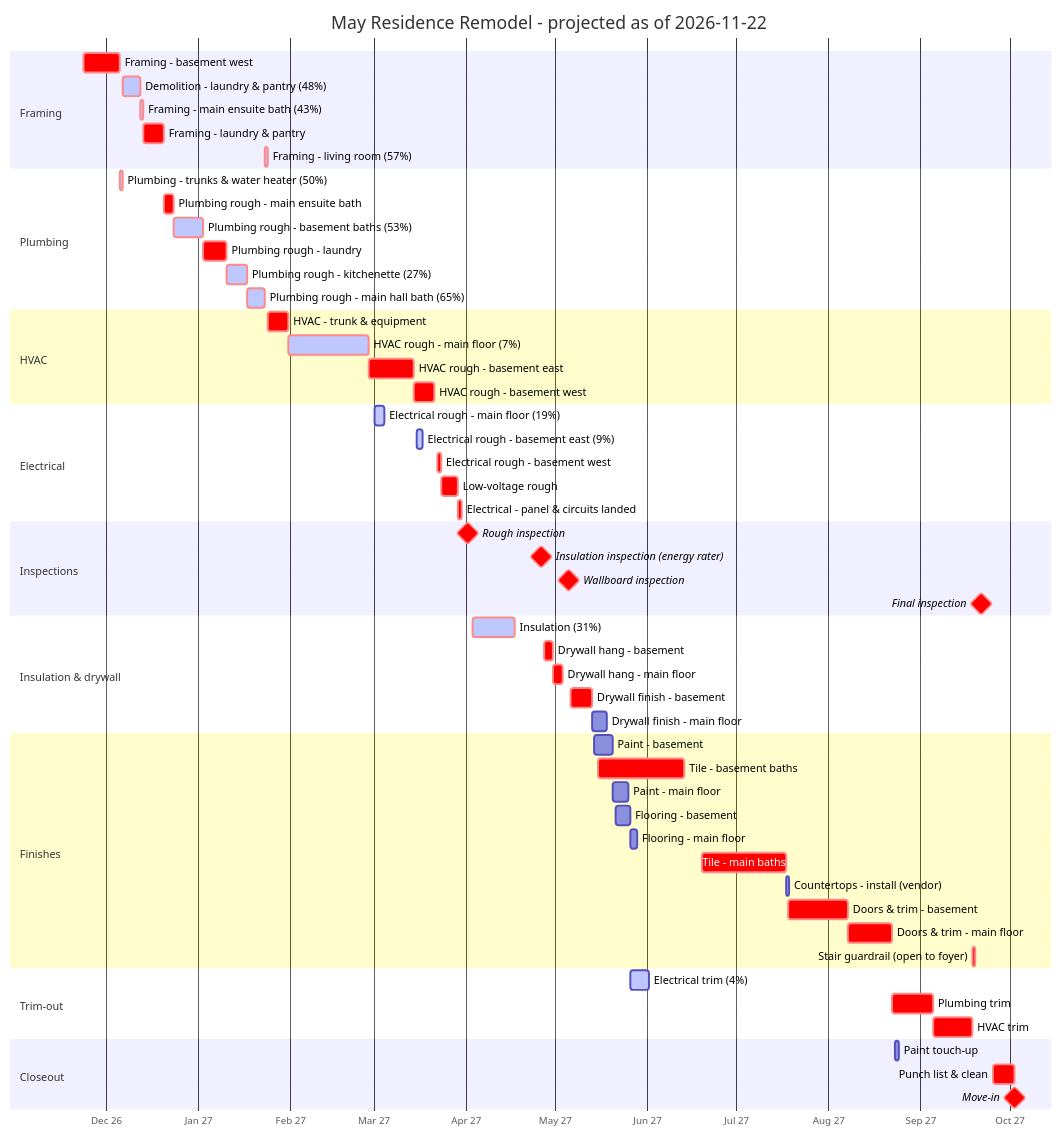
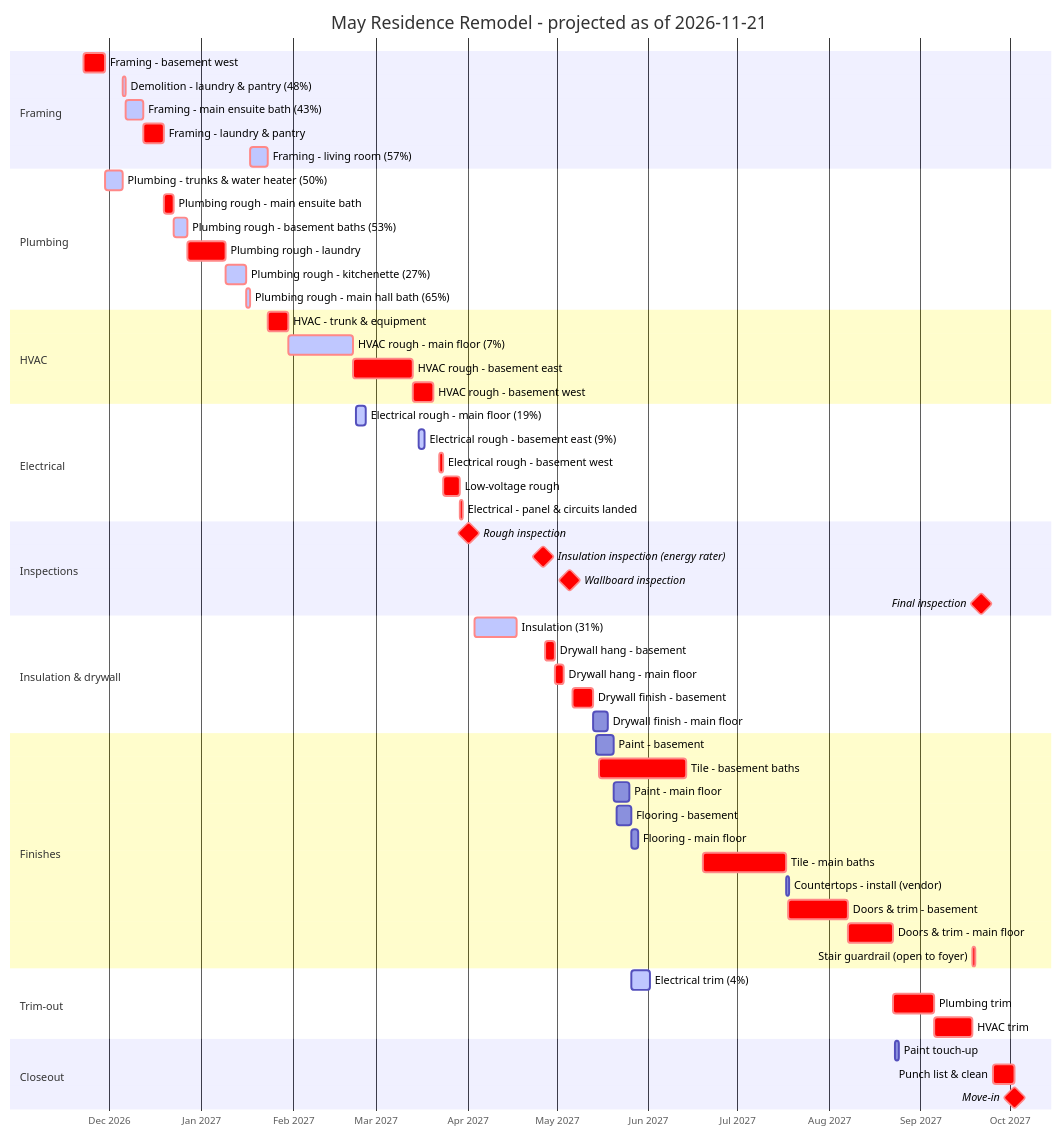
One commit to jsharkey/billings changed the diagram in SCHEDULE.md. Above: the diagram before and after it, drawn with Mermaid. The commit also changed other lines of this file and 3 other files, not shown here.

First line of the commit message:
Set as_of to Nov 21; show full year on gantt axis

````diff
--- a/SCHEDULE.md
+++ b/SCHEDULE.md
@@ -17,62 +17,62 @@
 ```mermaid
 gantt
-    title May Residence Remodel - projected as of 2026-11-22
+    title May Residence Remodel - projected as of 2026-11-21
     dateFormat YYYY-MM-DD HH:mm
-    axisFormat %b %y
+    axisFormat %b %Y
     tickInterval 1month
     todayMarker off
     section Framing
-    Framing - basement west :crit, fram_bsmt_west, 2026-11-23 08:00, 2026-12-05 11:48
-    Demolition - laundry & pantry (48%) :active, crit, demo_main_laundry, 2026-12-06 15:48, 2026-12-12 13:00
-    Framing - main ensuite bath (43%) :active, crit, fram_main_s_bath, 2026-12-12 13:00, 2026-12-13 11:24
-    Framing - laundry & pantry :crit, fram_main_laundry, 2026-12-13 11:24, 2026-12-20 09:24
-    Framing - living room (57%) :active, crit, fram_main_living, 2027-01-23 10:24, 2027-01-24 09:36
+    Framing - basement west :crit, fram_bsmt_west, 2026-11-22 08:00, 2026-11-29 11:48
+    Demolition - laundry & pantry (48%) :active, crit, demo_main_laundry, 2026-12-05 15:48, 2026-12-06 13:00
+    Framing - main ensuite bath (43%) :active, crit, fram_main_s_bath, 2026-12-06 13:00, 2026-12-12 11:24
+    Framing - laundry & pantry :crit, fram_main_laundry, 2026-12-12 11:24, 2026-12-19 09:24
+    Framing - living room (57%) :active, crit, fram_main_living, 2027-01-17 10:24, 2027-01-23 09:36
     section Plumbing
-    Plumbing - trunks & water heater (50%) :active, crit, plum_house, 2026-12-05 11:48, 2026-12-06 15:48
-    Plumbing rough - main ensuite bath :crit, plum_main_s_bath, 2026-12-20 09:24, 2026-12-23 15:24
-    Plumbing rough - basement baths (53%) :active, crit, plum_bsmt_baths, 2026-12-23 15:24, 2027-01-02 11:24
-    Plumbing rough - laundry :crit, plum_main_laundry, 2027-01-02 11:24, 2027-01-10 09:24
-    Plumbing rough - kitchenette (27%) :active, crit, plum_bsmt_kitchenette, 2027-01-10 09:24, 2027-01-17 09:24
-    Plumbing rough - main hall bath (65%) :active, crit, plum_main_n_bath, 2027-01-17 09:24, 2027-01-23 10:24
+    Plumbing - trunks & water heater (50%) :active, crit, plum_house, 2026-11-29 11:48, 2026-12-05 15:48
+    Plumbing rough - main ensuite bath :crit, plum_main_s_bath, 2026-12-19 09:24, 2026-12-22 15:24
+    Plumbing rough - basement baths (53%) :active, crit, plum_bsmt_baths, 2026-12-22 15:24, 2026-12-27 11:24
+    Plumbing rough - laundry :crit, plum_main_laundry, 2026-12-27 11:24, 2027-01-09 09:24
+    Plumbing rough - kitchenette (27%) :active, crit, plum_bsmt_kitchenette, 2027-01-09 09:24, 2027-01-16 09:24
+    Plumbing rough - main hall bath (65%) :active, crit, plum_main_n_bath, 2027-01-16 09:24, 2027-01-17 10:24
     section HVAC
-    HVAC - trunk & equipment :crit, hvac_house, 2027-01-24 09:36, 2027-01-31 09:36
-    HVAC rough - main floor (7%) :active, crit, hvac_main, 2027-01-31 09:36, 2027-02-27 09:36
-    HVAC rough - basement east :crit, hvac_bsmt_east, 2027-02-27 09:36, 2027-03-14 09:36
-    HVAC rough - basement west :crit, hvac_bsmt_west, 2027-03-14 09:36, 2027-03-21 09:36
+    HVAC - trunk & equipment :crit, hvac_house, 2027-01-23 09:36, 2027-01-30 09:36
+    HVAC rough - main floor (7%) :active, crit, hvac_main, 2027-01-30 09:36, 2027-02-21 09:36
+    HVAC rough - basement east :crit, hvac_bsmt_east, 2027-02-21 09:36, 2027-03-13 09:36
+    HVAC rough - basement west :crit, hvac_bsmt_west, 2027-03-13 09:36, 2027-03-20 09:36
     section Electrical
-    Electrical rough - main floor (19%) :active, elec_main, 2027-03-01 08:00, 2027-03-04 12:19
+    Electrical rough - main floor (19%) :active, elec_main, 2027-02-22 08:00, 2027-02-25 12:19
     Electrical rough - basement east (9%) :active, elec_bsmt_east, 2027-03-15 08:00, 2027-03-17 12:05
     Electrical rough - basement west :crit, elec_bsmt_west, 2027-03-22 08:00, 2027-03-23 14:48
     Low-voltage rough :crit, lowv_all, 2027-03-23 14:48, 2027-03-29 08:48
     Electrical - panel & circuits landed :crit, elec_panel, 2027-03-29 08:48, 2027-03-30 12:48
     section Inspections
     Rough inspection :milestone, crit, insp_rough, 2027-04-01 12:00, 0d
     Insulation inspection (energy rater) :milestone, crit, insp_insl, 2027-04-26 12:00, 0d
     Wallboard inspection :milestone, crit, insp_board, 2027-05-05 12:00, 0d
     Final inspection :milestone, crit, insp_final, 2027-09-21 12:00, 0d
     section Insulation & drywall
     Insulation (31%) :active, crit, insl_all, 2027-04-03 08:00, 2027-04-17 12:00
     Drywall hang - basement :crit, dryw_hang_bsmt, 2027-04-27 08:00, 2027-04-30 09:46
     Drywall hang - main floor :crit, dryw_hang_main, 2027-04-30 09:46, 2027-05-03 13:10
     Drywall finish - basement :crit, dryw_fin_bsmt, 2027-05-06 08:00, 2027-05-13 12:10
     Drywall finish - main floor :dryw_fin_main, 2027-05-13 12:10, 2027-05-18 09:46
     section Finishes
     Paint - basement :pant_bsmt, 2027-05-14 08:00, 2027-05-20 08:02
     Tile - basement baths :crit, tile_bsmt_baths, 2027-05-15 08:00, 2027-06-13 16:00
     Paint - main floor :pant_main, 2027-05-20 08:02, 2027-05-25 15:22
     Flooring - basement :flor_bsmt, 2027-05-21 08:00, 2027-05-26 08:38
     Flooring - main floor :flor_main, 2027-05-26 08:38, 2027-05-28 16:00
     Tile - main baths :crit, tile_main_baths, 2027-06-19 08:00, 2027-07-17 16:00
     Countertops - install (vendor) :ctop_install, 2027-07-17 16:00, 2027-07-18 16:00
     Doors & trim - basement :crit, trim_bsmt, 2027-07-18 08:00, 2027-08-07 12:10
     Doors & trim - main floor :crit, trim_main, 2027-08-07 12:10, 2027-08-22 13:55
     Stair guardrail (open to foyer) :crit, rail_stair, 2027-09-18 09:55, 2027-09-19 13:55
     section Trim-out
     Electrical trim (4%) :active, elec_trim, 2027-05-26 08:00, 2027-06-01 14:24
     Plumbing trim :crit, plum_trim, 2027-08-22 13:55, 2027-09-05 09:55
     HVAC trim :crit, hvac_trim, 2027-09-05 09:55, 2027-09-18 09:55
     section Closeout
     Paint touch-up :pant_touchup, 2027-08-23 08:00, 2027-08-24 16:00
     Punch list & clean :crit, punch_clean, 2027-09-25 08:00, 2027-10-02 16:00
     Move-in :milestone, crit, mile_movein, 2027-10-02 16:00, 0d
 ```
````
